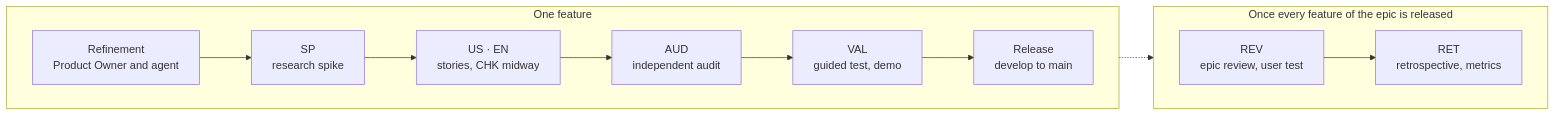
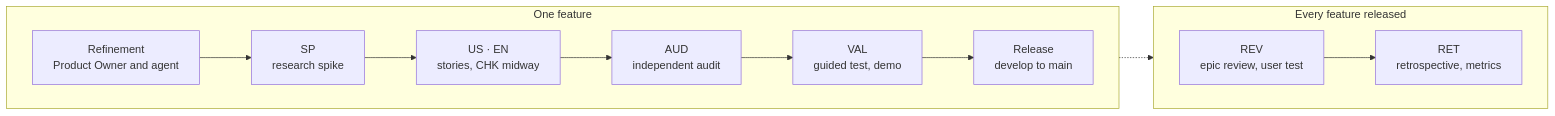
One commit to AlexandreGallais/synoptic-studio changed the diagram in docs/process/agile.md. Above: the diagram before and after it, drawn with Mermaid. The commit also changed 8 other files, not shown here.

First line of the commit message:
docs(docs): diagram labels that fit their boxes

````diff
--- a/docs/process/agile.md
+++ b/docs/process/agile.md
@@ -5,16 +5,16 @@
 ```mermaid
 flowchart LR
   subgraph feature [One feature]
     direction LR
     R[Refinement<br/>Product Owner and agent] --> SP[SP<br/>research spike]
     SP --> ST[US · EN<br/>stories, CHK midway]
     ST --> AUD[AUD<br/>independent audit]
     AUD --> VAL[VAL<br/>guided test, demo]
     VAL --> REL[Release<br/>develop to main]
   end
-  subgraph epic [Once every feature of the epic is released]
+  subgraph epic [Every feature released]
     direction LR
     REV[REV<br/>epic review, user test] --> RET[RET<br/>retrospective, metrics]
   end
   REL -.-> REV
 ```
````
